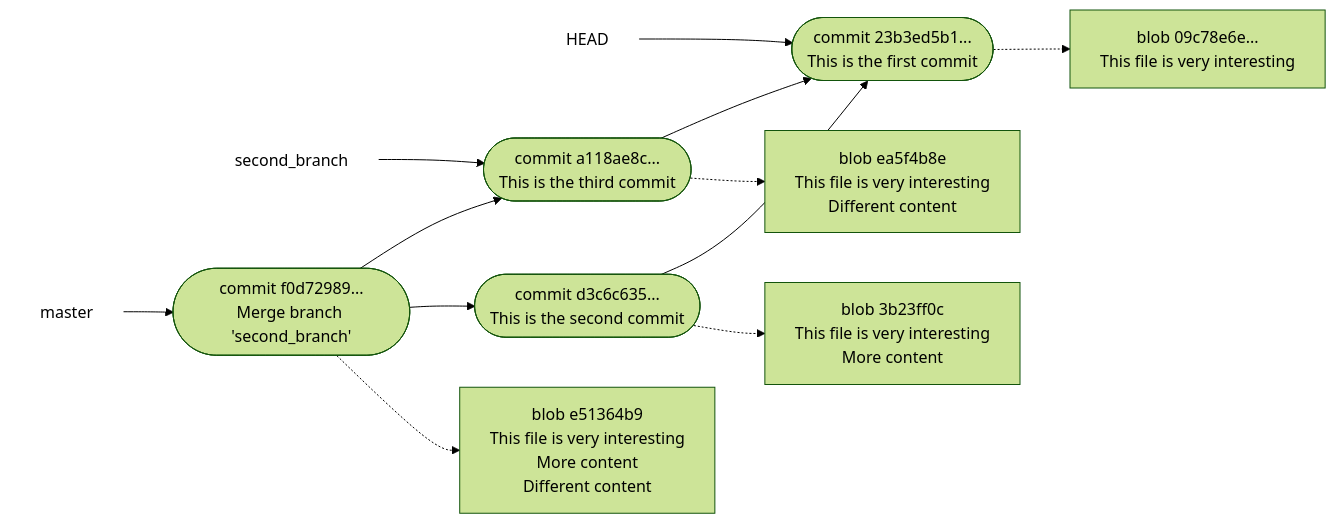
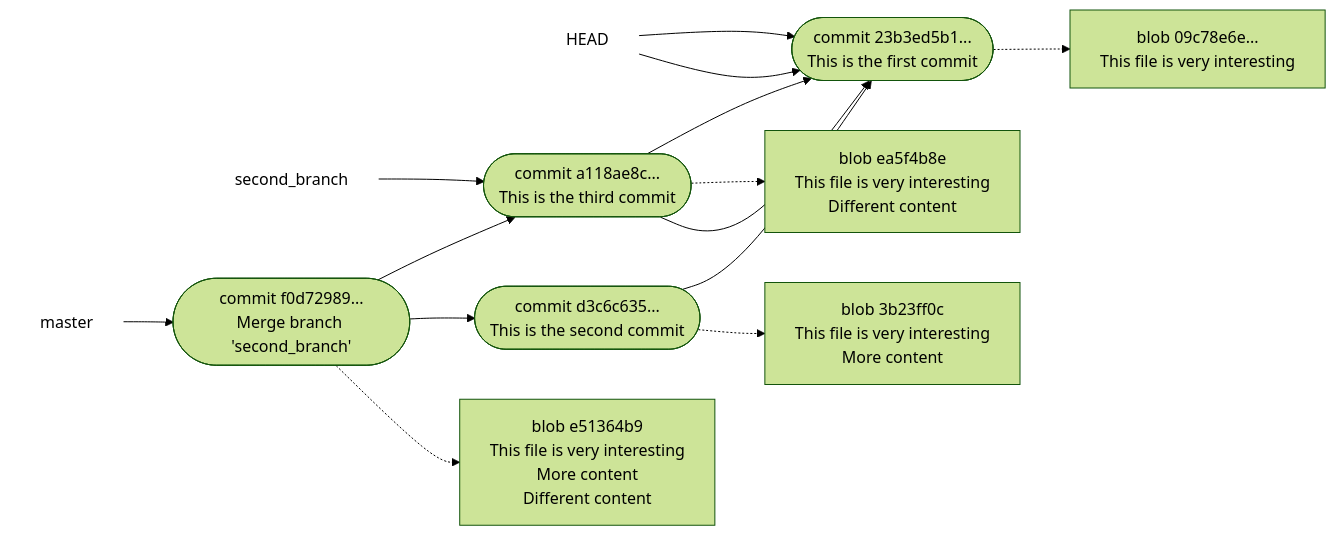
Before and after one commit to hpc2n/course-intro-git: diagram 26 of 26 in docs/basic-concepts.md, drawn with Mermaid (forest theme).

Commit message:
Adding lecture 3

````diff
--- a/docs/basic-concepts.md
+++ b/docs/basic-concepts.md
@@ -1284,34 +1284,34 @@
 ```mermaid
 graph LR
 
   head["HEAD"]
   style head fill:#ffffff,stroke:#ffffff
   master["master"]
   style master fill:#ffffff,stroke:#ffffff
   second_branch["second_branch"]
   style second_branch fill:#ffffff,stroke:#ffffff
 
   fourth_commit(["commit f0d72989...<br>Merge branch 'second_branch'"])
-  third_commit(["commit a118ae8c...<br>This is the third commit"])
+  third_commit(["commit a118ae8c...<br>This is the third commit"]) --> first_commit(["commit 23b3ed5b1...<br>This is the first commit"])
   second_commit(["commit d3c6c635...<br>This is the second commit"])
-  first_commit(["commit 23b3ed5b1...<br>This is the first commit"])
+  head --> first_commit
 
   fourth_blob["blob e51364b9<br>This file is very interesting<br>More content<br>Different content"]
   third_blob["blob ea5f4b8e<br>This file is very interesting<br>Different content"]
   second_blob["blob 3b23ff0c<br>This file is very interesting<br>More content"]
   first_blob["blob 09c78e6e...<br>This file is very interesting"]
 
   fourth_commit -.-> fourth_blob
   third_commit -.-> third_blob
   second_commit -.-> second_blob
   first_commit -.-> first_blob
 
   fourth_commit --> second_commit
   fourth_commit --> third_commit
   third_commit --> first_commit
   second_commit --> first_commit
 
   head --> first_commit
   master --> fourth_commit
   second_branch --> third_commit
 ```
````
